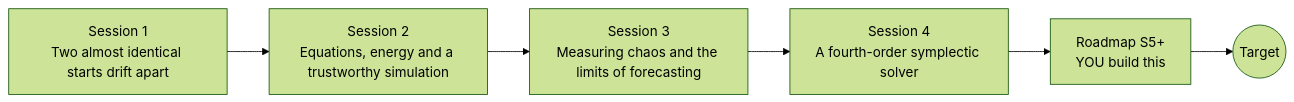
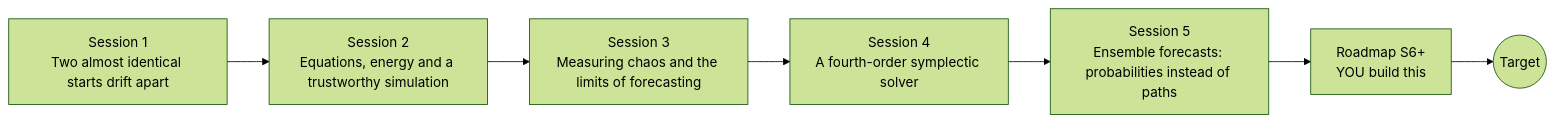
Before and after one commit to KrunalPanchal1995/openchaos: the diagram in README.md, drawn with Mermaid (forest theme). The commit also changed other lines of this file and 21 other files, not shown here.

First line of the commit message:
Add Session 5: ensemble forecasts

````diff
--- a/README.md
+++ b/README.md
@@ -87,10 +88,11 @@
 ```mermaid
 flowchart LR
   S1[Session 1<br/>Two almost identical starts drift apart]
   S2[Session 2<br/>Equations, energy and a trustworthy simulation]
   S3[Session 3<br/>Measuring chaos and the limits of forecasting]
   S4[Session 4<br/>A fourth-order symplectic solver]
-  R[Roadmap S5+<br/>YOU build this]
+  S5[Session 5<br/>Ensemble forecasts: probabilities instead of paths]
+  R[Roadmap S6+<br/>YOU build this]
   T((Target))
-  S1 --> S2 --> S3 --> S4 --> R --> T
+  S1 --> S2 --> S3 --> S4 --> S5 --> R --> T
 ```
````
